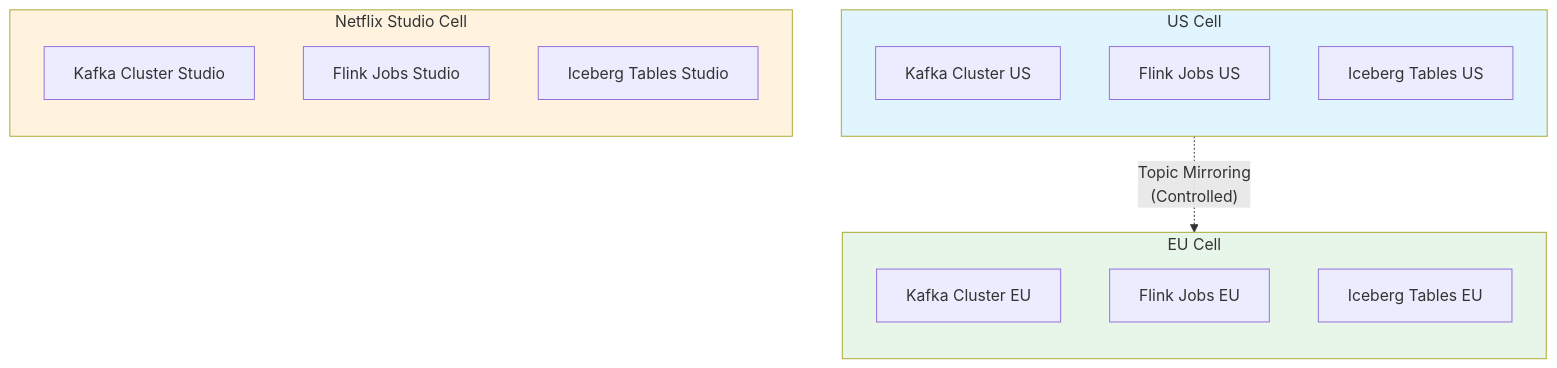
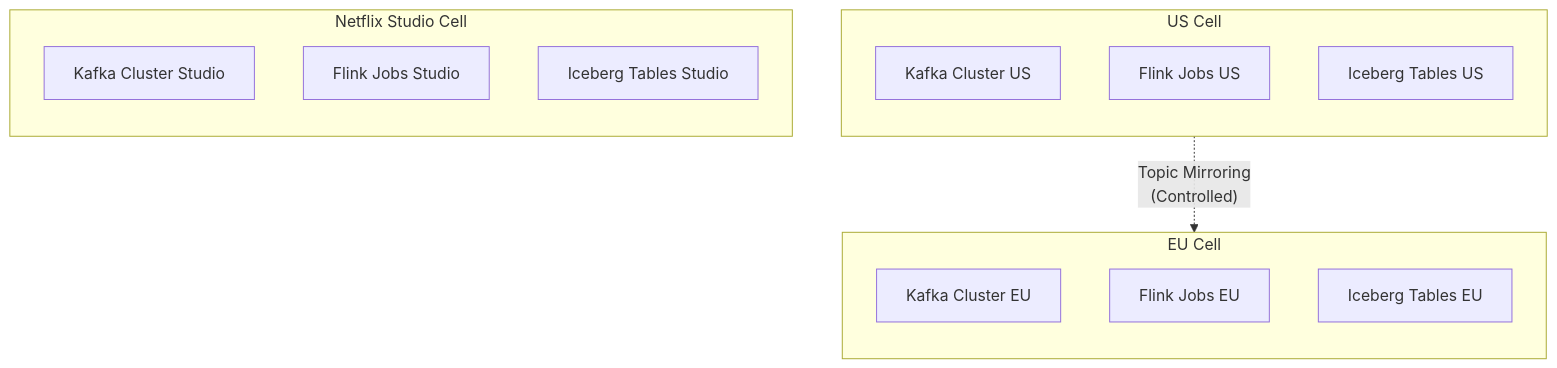
Before and after one commit to udaytamma/Cyrus: the fourth of 8 diagrams in gemini-responses/data-pipeline-netflix.md, drawn with Mermaid. The commit also changed other lines of this file and 8 other files, not shown here.

````diff
--- a/gemini-responses/data-pipeline-netflix.md
+++ b/gemini-responses/data-pipeline-netflix.md
@@ -175,29 +209,25 @@
 ```mermaid
 flowchart TB
     subgraph US["US Cell"]
         direction TB
         US_K[Kafka Cluster US]
         US_F[Flink Jobs US]
         US_I[Iceberg Tables US]
     end
 
     subgraph EU["EU Cell"]
         direction TB
         EU_K[Kafka Cluster EU]
         EU_F[Flink Jobs EU]
         EU_I[Iceberg Tables EU]
     end
 
     subgraph Studio["Netflix Studio Cell"]
         direction TB
         ST_K[Kafka Cluster Studio]
         ST_F[Flink Jobs Studio]
         ST_I[Iceberg Tables Studio]
     end
 
     US -.->|"Topic Mirroring<br/>(Controlled)"| EU
-
-    style US fill:#e1f5fe
-    style EU fill:#e8f5e9
-    style Studio fill:#fff3e0
 ```
````
